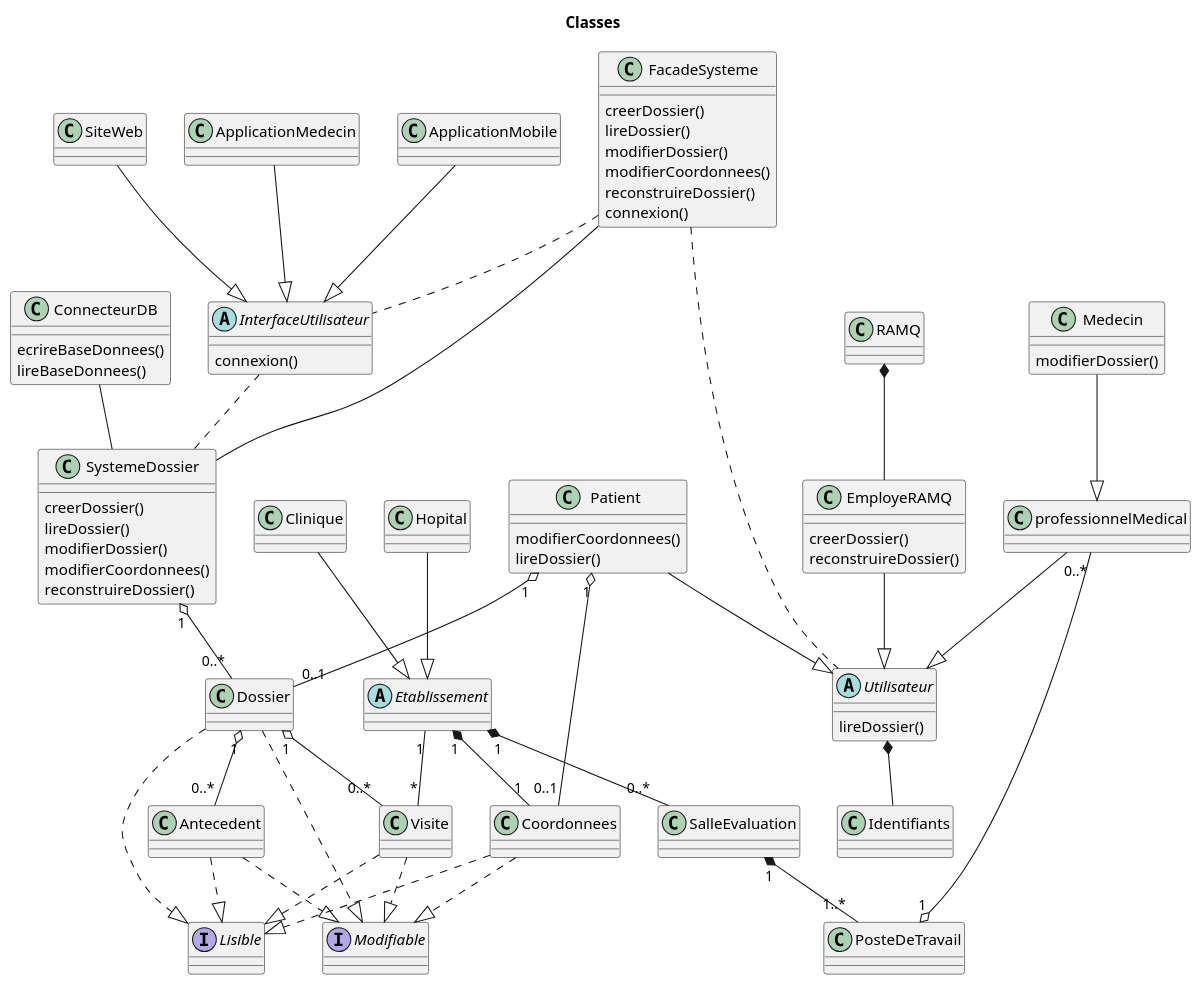
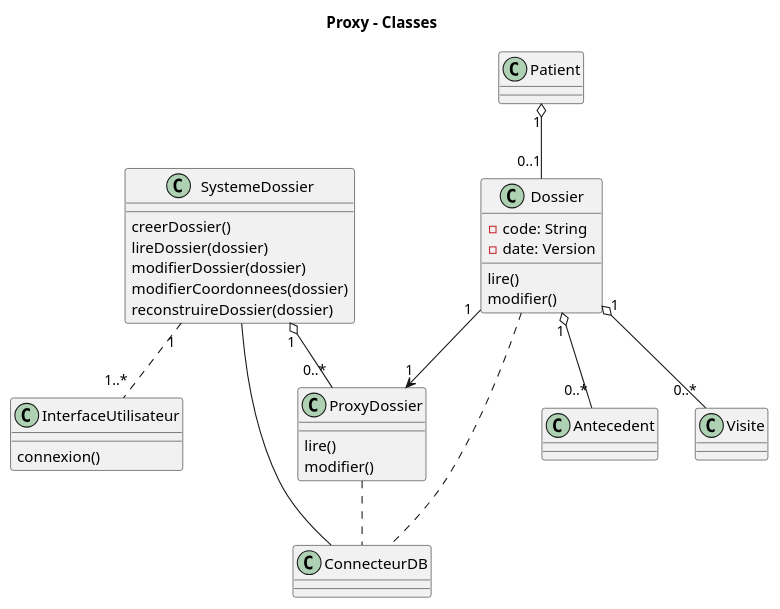
Before and after one commit to vbrayuqam/projet-genielog: the diagram in FacadeSysteme.puml, drawn with PlantUML. The commit also changed 2 other files, not shown here.

Commit message:
diag facade

```diff
--- a/FacadeSysteme.puml
+++ b/FacadeSysteme.puml
@@ -1,155 +1,44 @@
 @startuml Classes
 
-title Classes
+title Proxy - Classes
 
-class FacadeSysteme{
-    creerDossier()
-    lireDossier()
-    modifierDossier()
-    modifierCoordonnees()
-    reconstruireDossier()
+class InterfaceUtilisateur{
     connexion()
-
 }
-
 
 class SystemeDossier{
     creerDossier()
-    lireDossier()
-    modifierDossier()
-    modifierCoordonnees()
-    reconstruireDossier()
-
+    lireDossier(dossier)
+    modifierDossier(dossier)
+    modifierCoordonnees(dossier)
+    reconstruireDossier(dossier)
 
 }
 
 class ConnecteurDB{
-    ecrireBaseDonnees()
-    lireBaseDonnees()
 }
 
 ConnecteurDB -- SystemeDossier
 
 
-class SiteWeb{
-
+class Dossier{
+    - code: String
+    - date: Version
+    lire()
+    modifier()
 }
 
-
-Utilisateur *-- Identifiants
-
-
-
-class ApplicationMedecin{
-
+class ProxyDossier{
+    lire()
+    modifier()
 }
 
-class ApplicationMobile{
-
-}
-
-abstract InterfaceUtilisateur{
-    connexion()
-}
-
-ApplicationMedecin --|> InterfaceUtilisateur
-ApplicationMobile --|> InterfaceUtilisateur
-SiteWeb --|> InterfaceUtilisateur
-
-InterfaceUtilisateur .. SystemeDossier
-FacadeSysteme .. InterfaceUtilisateur
-FacadeSysteme -- SystemeDossier
-FacadeSysteme .. Utilisateur
-
-class Dossier{
-}
-
-interface Lisible{}
-interface Modifiable{}
-
-Dossier ..|> Lisible
-Dossier ..|> Modifiable
-
-class Antecedent{
-   
-}
-
-Antecedent ..|> Lisible
-Antecedent ..|> Modifiable
-
-class Visite{
-    
-}
-
-Visite ..|> Lisible
-Visite ..|> Modifiable
-
-class Medecin{
-    modifierDossier()
-
-}
-
-class Coordonnees{
-    
-}
-
-Coordonnees ..|> Lisible
-Coordonnees ..|> Modifiable
-
-class professionnelMedical{
-    
-}
-
-class Patient{
-    modifierCoordonnees()
-    lireDossier()
-}
-
-class RAMQ{}
-
-RAMQ *-- EmployeRAMQ
-
-class EmployeRAMQ{
-    creerDossier()
-    reconstruireDossier()
-}
-
-class SalleEvaluation{}
-class PosteDeTravail{}
-
-
-abstract Utilisateur{
-    lireDossier()
-}
-
-class Hopital{}
-class Clinique{}
-
-abstract Etablissement{
-}
-
-Patient --|> Utilisateur
-professionnelMedical --|> Utilisateur
-
-
-
-Hopital --|> Etablissement
-Clinique --|> Etablissement
-EmployeRAMQ --|> Utilisateur
-Etablissement "1" *-- "1" Coordonnees
-Etablissement "1" *-- "0..*" SalleEvaluation
-SalleEvaluation "1" *-- "1..*" PosteDeTravail
-Patient "1" o-- "0..1" Coordonnees
-Medecin --|> professionnelMedical
-professionnelMedical "0..*" --o "1" PosteDeTravail
-SystemeDossier "1" o-- "0..*" Dossier
-
+Dossier "1" --> "1" ProxyDossier
+SystemeDossier "1" o-- "0..*" ProxyDossier
 Patient "1" o-- "0..1" Dossier
-
 Dossier "1" o-- "0..*" Antecedent
-
 Dossier "1" o-- "0..*" Visite
-
-Etablissement "1" -- "*" Visite
-
+Dossier .. ConnecteurDB
+ProxyDossier ..ConnecteurDB
+SystemeDossier "1" .. "1..*" InterfaceUtilisateur
 @enduml
```
